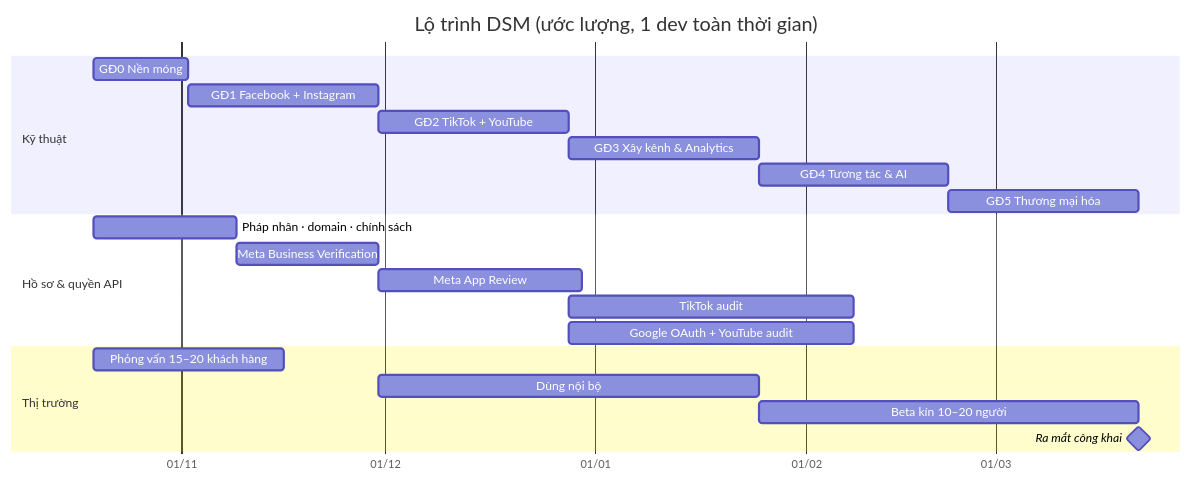
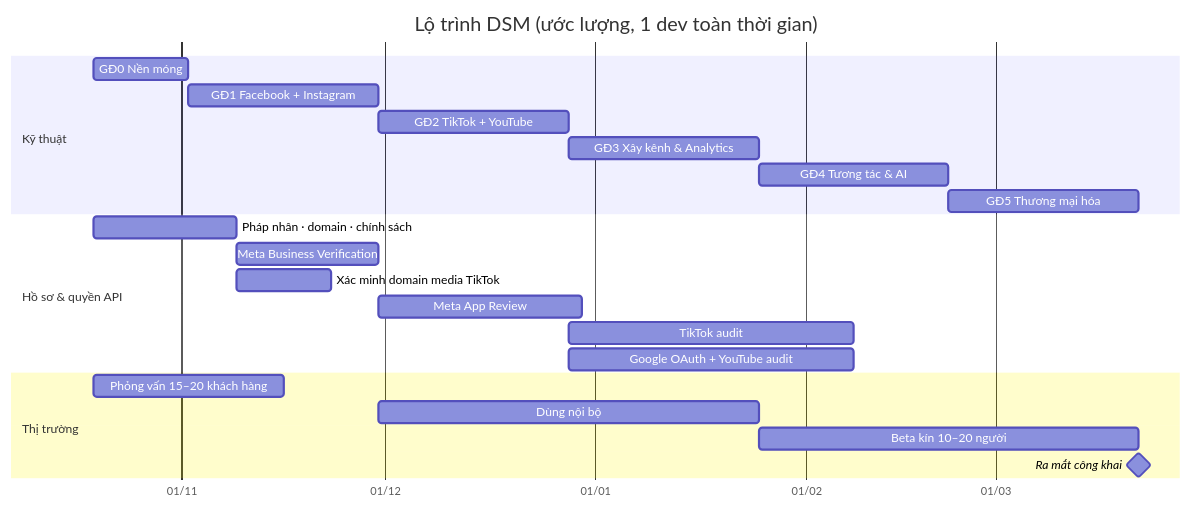
One commit to luongdo03x-byte/DSM changed the second of 7 diagrams in docs/superpowers/specs/2026-10-13-dsm-social-growth-platform-design.md. Above: the diagram before and after it, drawn with Mermaid. The commit also changed other lines of this file, not shown here.

First line of the commit message:
docs: add image and album posting to DSM roadmap spec

````diff
--- a/docs/superpowers/specs/2026-10-13-dsm-social-growth-platform-design.md
+++ b/docs/superpowers/specs/2026-10-13-dsm-social-growth-platform-design.md
@@ -288,24 +313,25 @@
 ```mermaid
 gantt
   title Lộ trình DSM (ước lượng, 1 dev toàn thời gian)
   dateFormat YYYY-MM-DD
   axisFormat %d/%m
   section Kỹ thuật
   GĐ0 Nền móng              :g0, 2026-10-19, 14d
   GĐ1 Facebook + Instagram  :g1, after g0, 28d
   GĐ2 TikTok + YouTube      :g2, after g1, 28d
   GĐ3 Xây kênh & Analytics  :g3, after g2, 28d
   GĐ4 Tương tác & AI        :g4, after g3, 28d
   GĐ5 Thương mại hóa        :g5, after g4, 28d
   section Hồ sơ & quyền API
   Pháp nhân · domain · chính sách :c0, 2026-10-19, 21d
   Meta Business Verification      :c1, after c0, 21d
+  Xác minh domain media TikTok    :c5, after c0, 14d
   Meta App Review                 :c2, after g1, 30d
   TikTok audit                    :c3, after g2, 42d
   Google OAuth + YouTube audit    :c4, after g2, 42d
   section Thị trường
   Phỏng vấn 15–20 khách hàng      :m0, 2026-10-19, 28d
   Dùng nội bộ                     :m1, after g1, 56d
   Beta kín 10–20 người            :m2, after g3, 56d
   Ra mắt công khai                :milestone, m3, after g5, 0d
 ```
````
